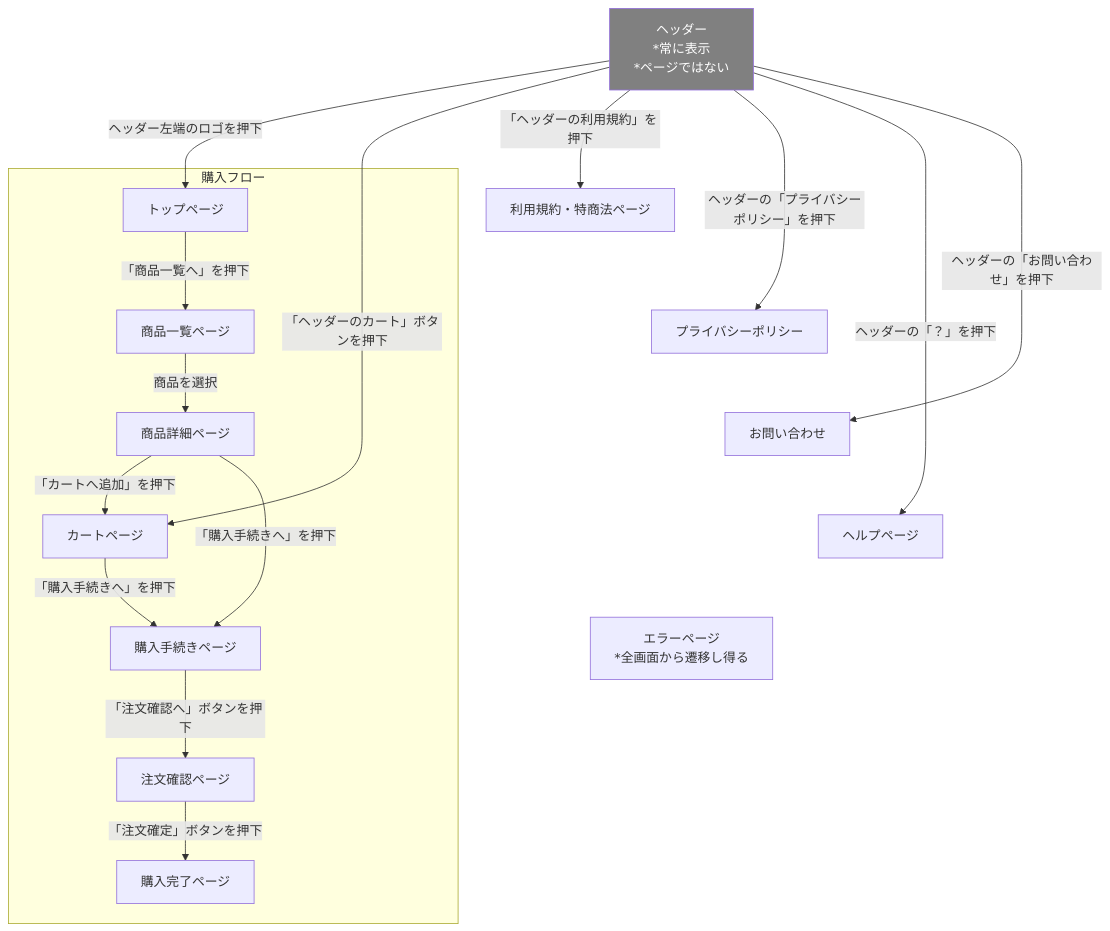
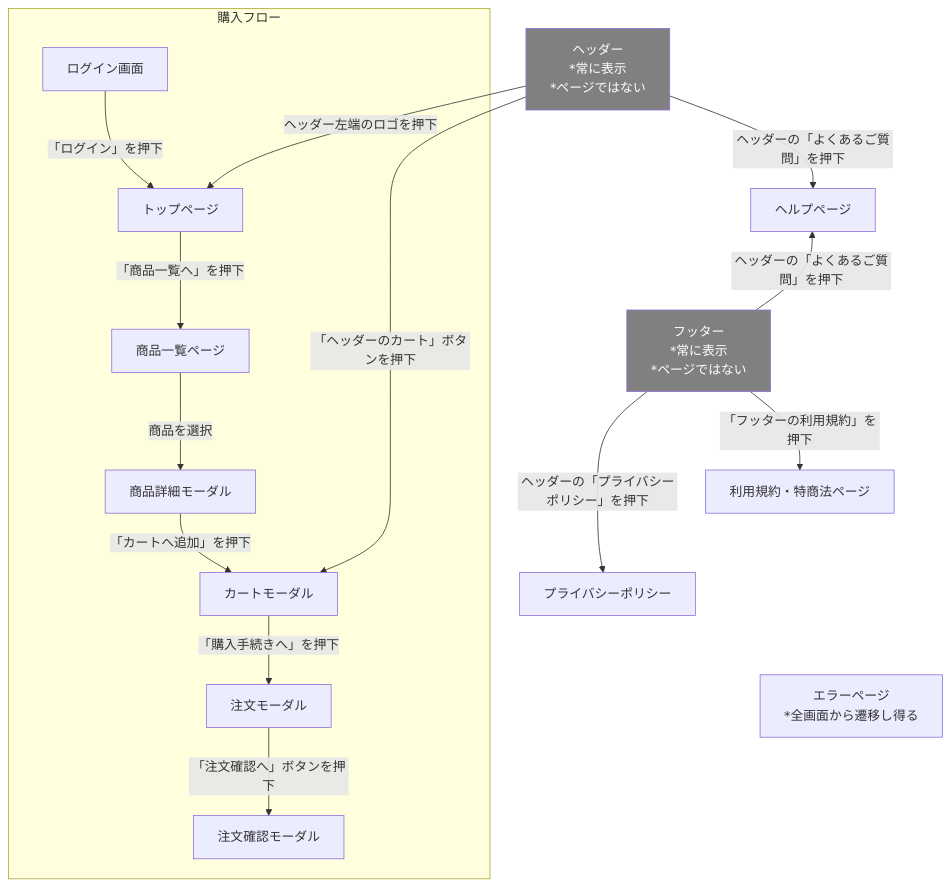
One commit to Aoi-Yaegashi/teamF changed the diagram in 基本設計/画面設計/画面遷移図/フロントエンド画面遷移図.md. Above: the diagram before and after it, drawn with Mermaid.

Commit message:
画面遷移図/ フロントエンド更新完了

````diff
--- a/基本設計/画面設計/画面遷移図/フロントエンド画面遷移図.md
+++ b/基本設計/画面設計/画面遷移図/フロントエンド画面遷移図.md
@@ -1,49 +1,53 @@
 ```mermaid
 graph TD
 
 subgraph 購入フロー
+
+%% ログイン画面からの遷移
+F14[ログイン画面] -->| 「ログイン」を押下| F01[トップページ]
+
 %% トップページからの遷移
 F01[トップページ] -->|「商品一覧へ」を押下| F02[商品一覧ページ]
 
 %% 商品一覧から詳細へ
-F02 -->|商品を選択| F03[商品詳細ページ]
+F02 -->|商品を選択| F03[商品詳細モーダル]
 
 %% 商品詳細からカートへ
-F03 --> |「カートへ追加」を押下|F04[カートページ]
-
-%% 商品詳細から購入手続きへ
-F03 -->|「購入手続きへ」を押下| F05
+F03 --> |「カートへ追加」を押下|F04[カートモーダル]
 
 %% カートから購入へ
-F04 -->|「購入手続きへ」を押下| F05[購入手続きページ]
+F04 -->|「購入手続きへ」を押下| F05[注文モーダル]
 
 %% 注文確認画面
-F05 -->|「注文確認へ」ボタンを押下| F06[注文確認ページ]
+F05 -->|「注文確認へ」ボタンを押下| F06[注文確認モーダル]
 
-%% 購入手続きから完了へ
-F06 -->|「注文確定」ボタンを押下| F07[購入完了ページ]
 end
 
 %% ヘッダー（常に表示）
 F13[ヘッダー
 *常に表示
 *ページではない] -->|ヘッダー左端のロゴを押下| F01
 F13 --> |「ヘッダーのカート」ボタンを押下|F04
-F13 --> |「ヘッダーの利用規約」を押下|F08[利用規約・特商法ページ]
-F13 -->|ヘッダーの「プライバシーポリシー」を押下| F09[プライバシーポリシー]
-F13 -->|ヘッダーの「？」を押下| F11[ヘルプページ]
-F13 -->|ヘッダーの「お問い合わせ」を押下| F12[お問い合わせ]
+F13 -->|ヘッダーの「よくあるご質問」を押下| F11[ヘルプページ]
 classDef gray fill:gray,color:white;
 class F13 gray;
+
+%% フッター（常に表示）
+F15[フッター
+*常に表示
+*ページではない] --> |「フッターの利用規約」を押下|F08[利用規約・特商法ページ]
+F15 -->|ヘッダーの「プライバシーポリシー」を押下| F09[プライバシーポリシー]
+F15 -->|ヘッダーの「よくあるご質問」を押下| F11[ヘルプページ]
+classDef gray fill:gray,color:white;
+class F15 gray;
 
 %% エラーページ（どこからでも遷移し得る）
 F09 ~~~ F10[エラーページ
 *全画面から遷移し得る]
 F08 ~~~ F10
 F11 ~~~ F10
 
 %% 位置調整
 F08 ~~~ F09
-F09 ~~~ F12
-F12 ~~~ F11
+F11 ~~~ F15
 ```
````
